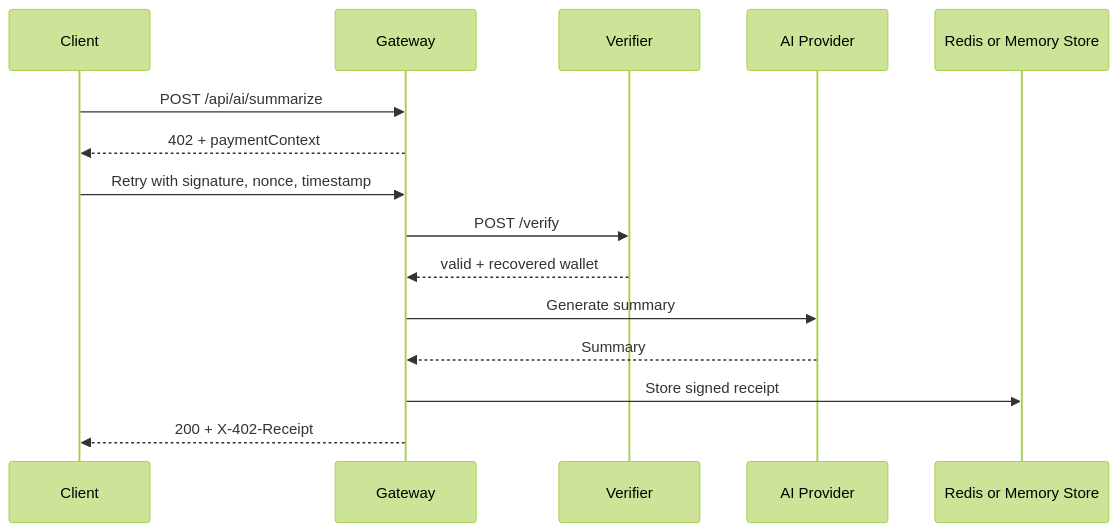
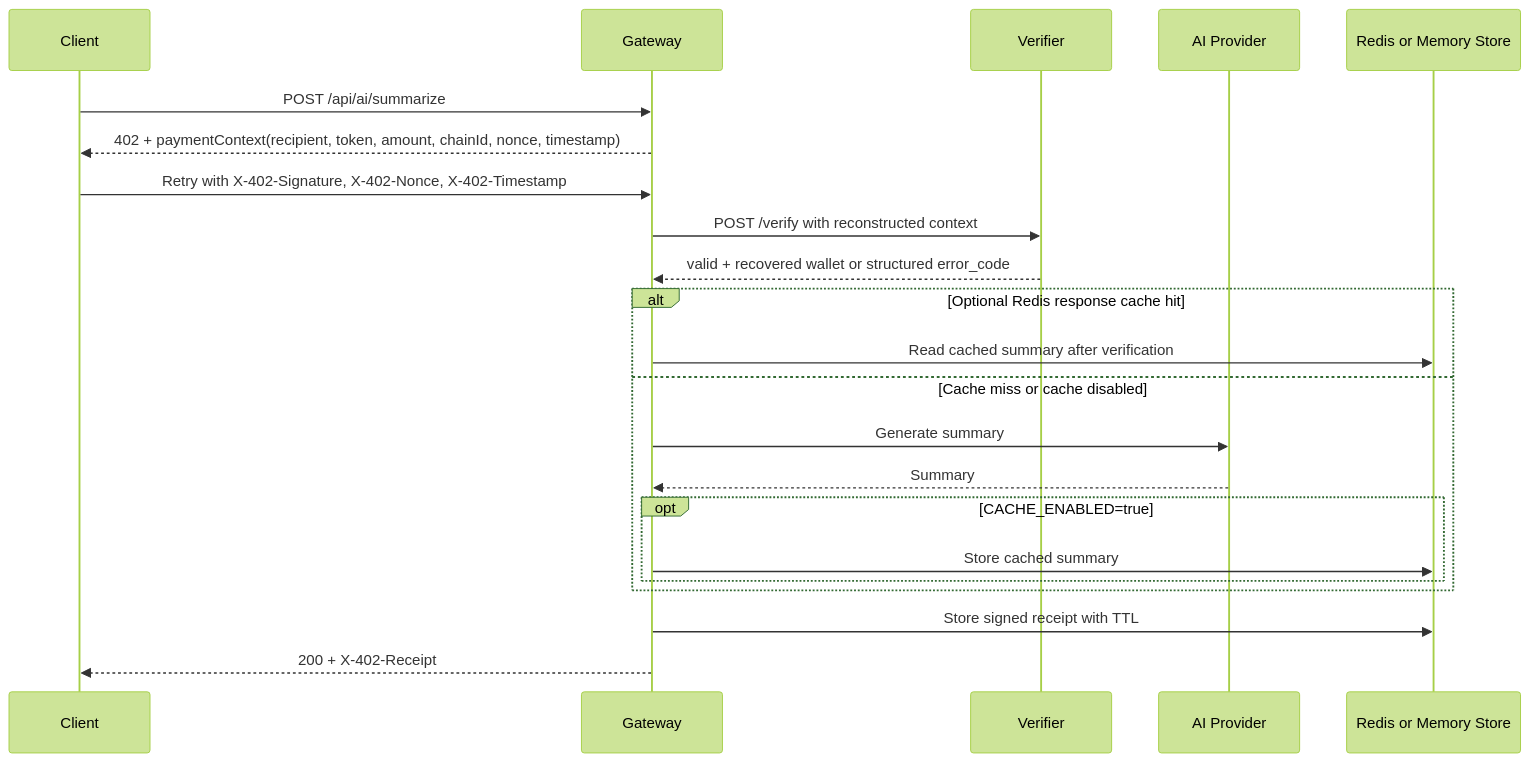
Before and after one commit to karuna-1/MicroAI-Paygate: the diagram in gateway/README.md, drawn with Mermaid (forest theme). The commit also changed 2 other files, not shown here.

Commit message:
docs(readme): align diagrams with current architecture

````diff
--- a/gateway/README.md
+++ b/gateway/README.md
@@ -18,18 +18,25 @@
 ```mermaid
 sequenceDiagram
     participant C as Client
     participant G as Gateway
     participant V as Verifier
     participant A as AI Provider
     participant R as Redis or Memory Store
 
     C->>G: POST /api/ai/summarize
-    G-->>C: 402 + paymentContext
-    C->>G: Retry with signature, nonce, timestamp
-    G->>V: POST /verify
-    V-->>G: valid + recovered wallet
-    G->>A: Generate summary
-    A-->>G: Summary
-    G->>R: Store signed receipt
+    G-->>C: 402 + paymentContext(recipient, token, amount, chainId, nonce, timestamp)
+    C->>G: Retry with X-402-Signature, X-402-Nonce, X-402-Timestamp
+    G->>V: POST /verify with reconstructed context
+    V-->>G: valid + recovered wallet or structured error_code
+    alt Optional Redis response cache hit
+      G->>R: Read cached summary after verification
+    else Cache miss or cache disabled
+      G->>A: Generate summary
+      A-->>G: Summary
+      opt CACHE_ENABLED=true
+        G->>R: Store cached summary
+      end
+    end
+    G->>R: Store signed receipt with TTL
     G-->>C: 200 + X-402-Receipt
 ```
````
